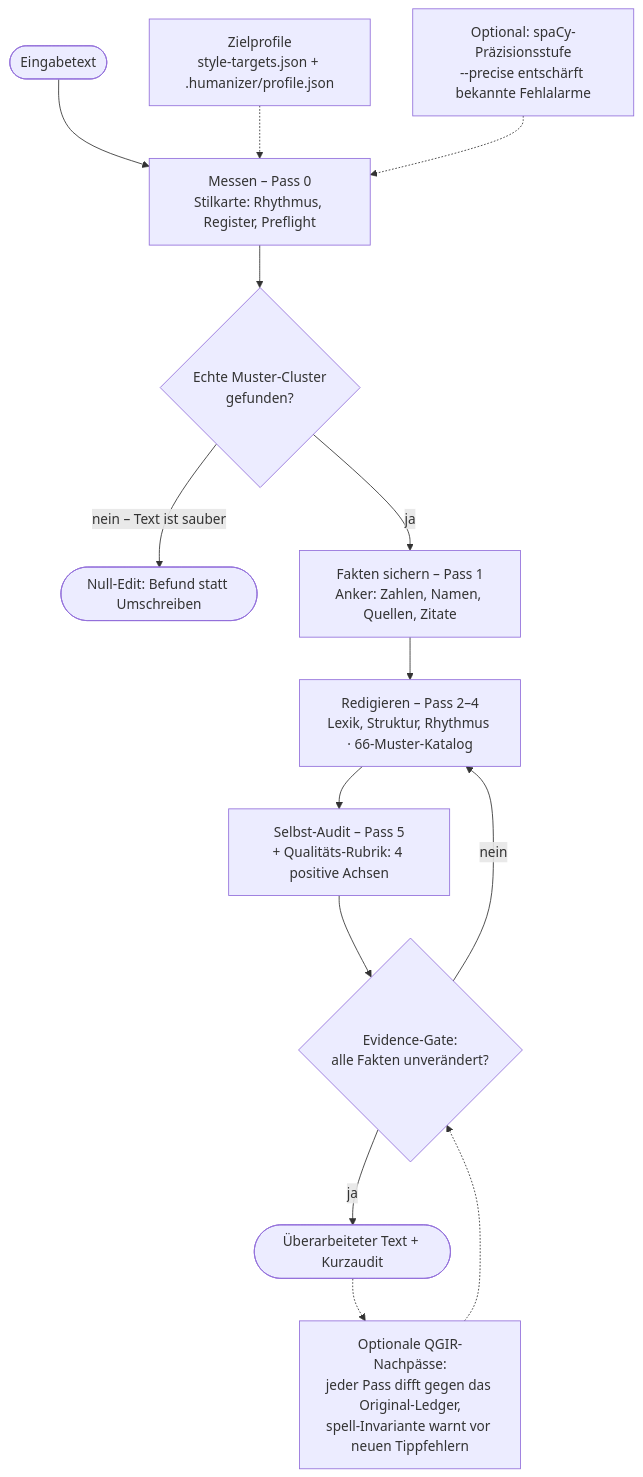
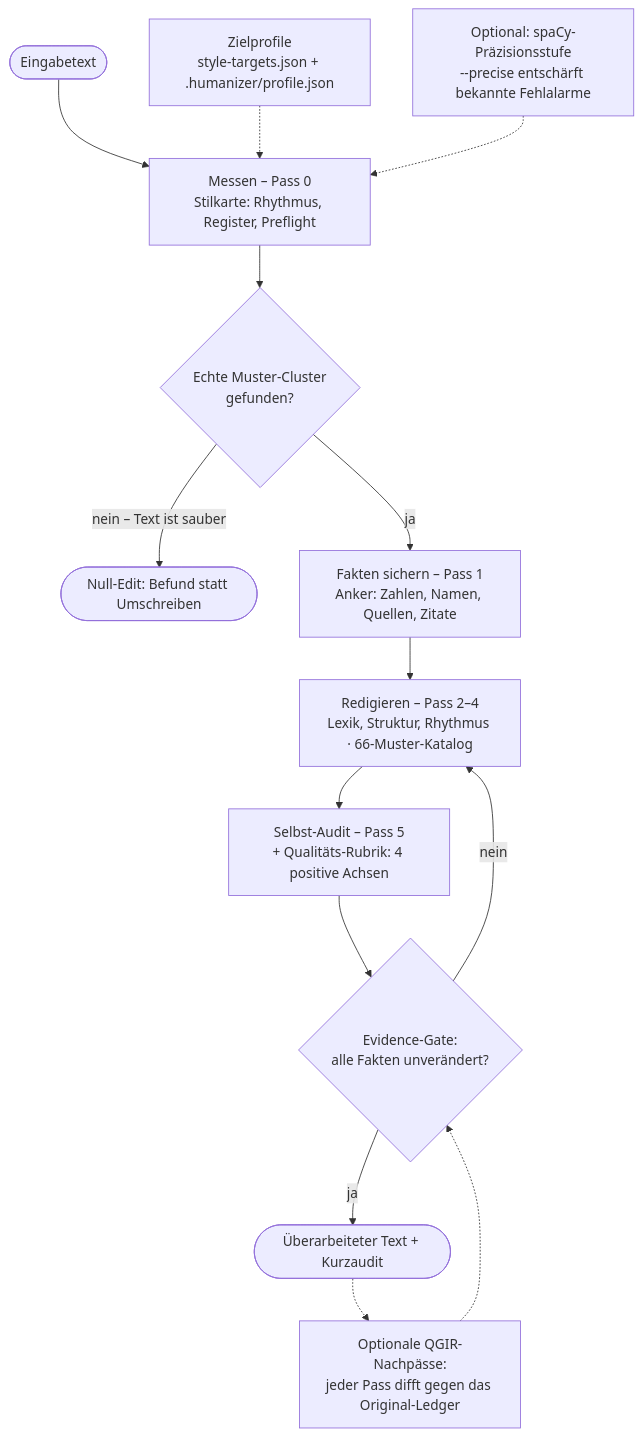
The diagram in README.md (marmbiz/humanizer-de), drawn with Mermaid before and after one commit. The commit also changed other lines of this file, not shown here.

Commit message:
docs: correct fail-on scope, qgir diagram, install cwd, and privacy dedupe

````diff
--- a/README.md
+++ b/README.md
@@ -62,16 +62,16 @@
 ```mermaid
 flowchart TD
     T([Eingabetext]) --> M["Messen – Pass 0<br/>Stilkarte: Rhythmus, Register, Preflight"]
     Z["Zielprofile<br/>style-targets.json + .humanizer/profile.json"] -.-> M
     P["Optional: spaCy-Präzisionsstufe<br/>--precise entschärft bekannte Fehlalarme"] -.-> M
     M --> C{"Echte Muster-Cluster<br/>gefunden?"}
     C -- "nein – Text ist sauber" --> N([Null-Edit: Befund statt Umschreiben])
     C -- ja --> E["Fakten sichern – Pass 1<br/>Anker: Zahlen, Namen, Quellen, Zitate"]
     E --> R["Redigieren – Pass 2–4<br/>Lexik, Struktur, Rhythmus · 66-Muster-Katalog"]
     R --> A["Selbst-Audit – Pass 5<br/>+ Qualitäts-Rubrik: 4 positive Achsen"]
     A --> G{"Evidence-Gate:<br/>alle Fakten unverändert?"}
     G -- ja --> O([Überarbeiteter Text + Kurzaudit])
     G -- nein --> R
-    O -.-> Q["Optionale QGIR-Nachpässe:<br/>jeder Pass difft gegen das Original-Ledger,<br/>spell-Invariante warnt vor neuen Tippfehlern"]
+    O -.-> Q["Optionale QGIR-Nachpässe:<br/>jeder Pass difft gegen das Original-Ledger"]
     Q -.-> G
 ```
````
